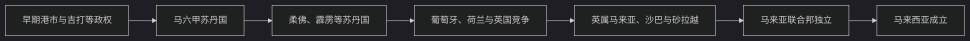
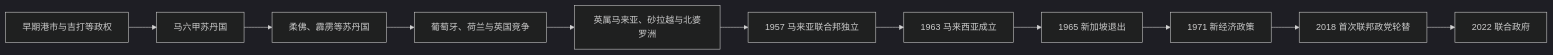
One commit to tianlan-dev/learning-notes changed the diagram in 人文科学/历史/东南亚/马来西亚/README.md. Above: the diagram before and after it, drawn with Mermaid (dark theme). The commit also changed other lines of this file and 1417 other files, not shown here.

````diff
--- a/人文科学/历史/东南亚/马来西亚/README.md
+++ b/人文科学/历史/东南亚/马来西亚/README.md
@@ -9,9 +9,13 @@
 ```mermaid
 flowchart LR
     A["早期港市与吉打等政权"] --> B["马六甲苏丹国"]
     B --> C["柔佛、霹雳等苏丹国"]
     C --> D["葡萄牙、荷兰与英国竞争"]
-    D --> E["英属马来亚、沙巴与砂拉越"]
-    E --> F["马来亚联合邦独立"]
-    F --> G["马来西亚成立"]
+    D --> E["英属马来亚、砂拉越与北婆罗洲"]
+    E --> F["1957 马来亚联合邦独立"]
+    F --> G["1963 马来西亚成立"]
+    G --> H["1965 新加坡退出"]
+    H --> I["1971 新经济政策"]
+    I --> J["2018 首次联邦政党轮替"]
+    J --> K["2022 联合政府"]
 ```
````
